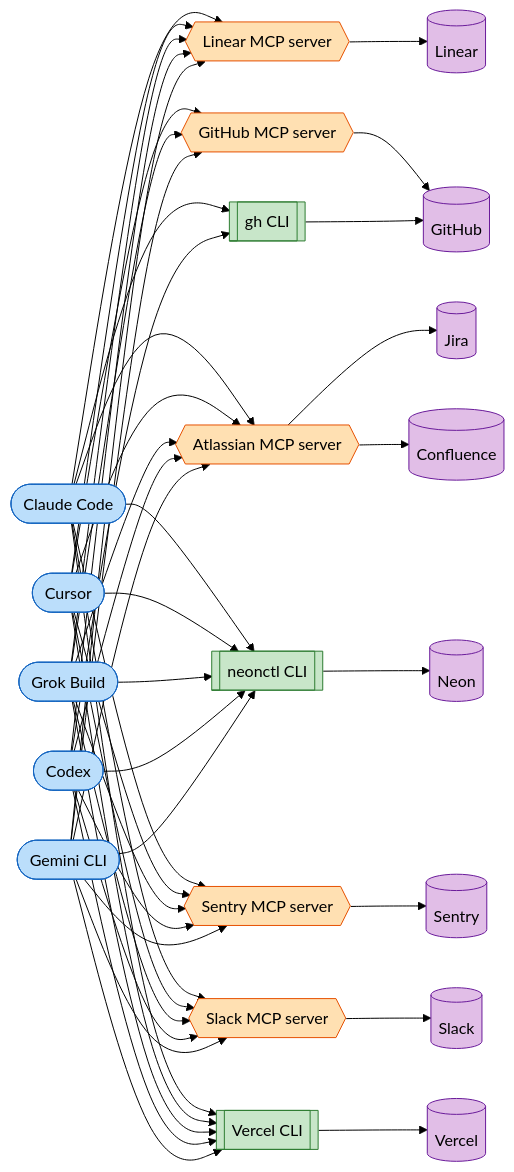
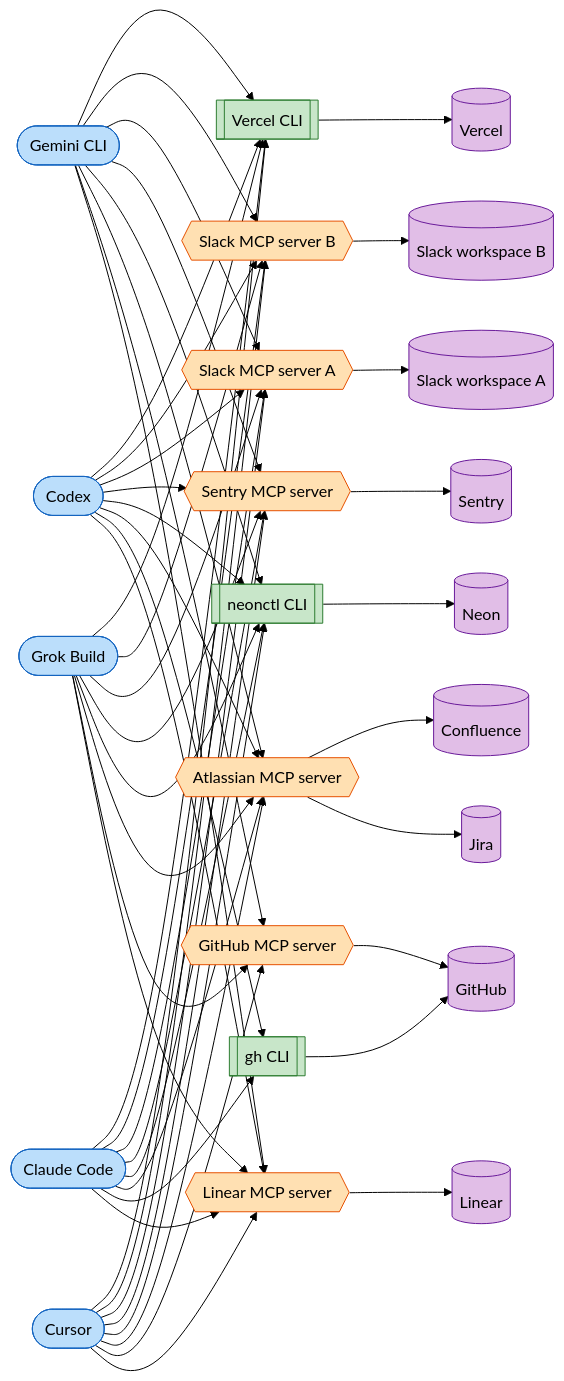
One commit to alephic-ai/foac changed the first of 2 diagrams in README.md. Above: the diagram before and after it, drawn with Mermaid (forest theme). The commit also changed other lines of this file, not shown here.

Commit message:
docs: give each Slack workspace its own MCP server in the README diagram

````diff
--- a/README.md
+++ b/README.md
@@ -19,24 +19,25 @@
 ```mermaid
 graph LR
-    CC([Claude Code]) --> LMCP & GHCLI & AMCP & NCLI & SMCP & SLMCP & VCLI
-    CU([Cursor]) --> LMCP & GHMCP & AMCP & NCLI & SMCP & SLMCP & VCLI
-    GRK([Grok Build]) --> LMCP & GHMCP & AMCP & NCLI & SMCP & SLMCP & VCLI
-    CX([Codex]) --> LMCP & GHCLI & AMCP & NCLI & SMCP & SLMCP & VCLI
-    GEM([Gemini CLI]) --> LMCP & GHMCP & AMCP & NCLI & SMCP & SLMCP & VCLI
+    CC([Claude Code]) --> LMCP & GHCLI & AMCP & NCLI & SMCP & SLMCPA & SLMCPB & VCLI
+    CU([Cursor]) --> LMCP & GHMCP & AMCP & NCLI & SMCP & SLMCPA & SLMCPB & VCLI
+    GRK([Grok Build]) --> LMCP & GHMCP & AMCP & NCLI & SMCP & SLMCPA & SLMCPB & VCLI
+    CX([Codex]) --> LMCP & GHCLI & AMCP & NCLI & SMCP & SLMCPA & SLMCPB & VCLI
+    GEM([Gemini CLI]) --> LMCP & GHMCP & AMCP & NCLI & SMCP & SLMCPA & SLMCPB & VCLI
     LMCP{{Linear MCP server}} --> Linear[(Linear)]
     GHMCP{{GitHub MCP server}} --> GitHub[(GitHub)]
     GHCLI[[gh CLI]] --> GitHub
     AMCP{{Atlassian MCP server}} --> Jira[(Jira)] & Confluence[(Confluence)]
     NCLI[[neonctl CLI]] --> Neon[(Neon)]
     SMCP{{Sentry MCP server}} --> Sentry[(Sentry)]
-    SLMCP{{Slack MCP server}} --> Slack[(Slack)]
+    SLMCPA{{Slack MCP server A}} --> SlackA[(Slack workspace A)]
+    SLMCPB{{Slack MCP server B}} --> SlackB[(Slack workspace B)]
     VCLI[[Vercel CLI]] --> Vercel[(Vercel)]
     classDef harness fill:#bbdefb,stroke:#1565c0,color:#000
     classDef mcp fill:#ffe0b2,stroke:#e65100,color:#000
     classDef cli fill:#c8e6c9,stroke:#2e7d32,color:#000
     classDef provider fill:#e1bee7,stroke:#6a1b9a,color:#000
     class CC,CU,GRK,CX,GEM harness
-    class LMCP,GHMCP,AMCP,SMCP,SLMCP mcp
+    class LMCP,GHMCP,AMCP,SMCP,SLMCPA,SLMCPB mcp
     class GHCLI,NCLI,VCLI cli
-    class Linear,GitHub,Jira,Confluence,Neon,Sentry,Slack,Vercel provider
+    class Linear,GitHub,Jira,Confluence,Neon,Sentry,SlackA,SlackB,Vercel provider
 ```
````
